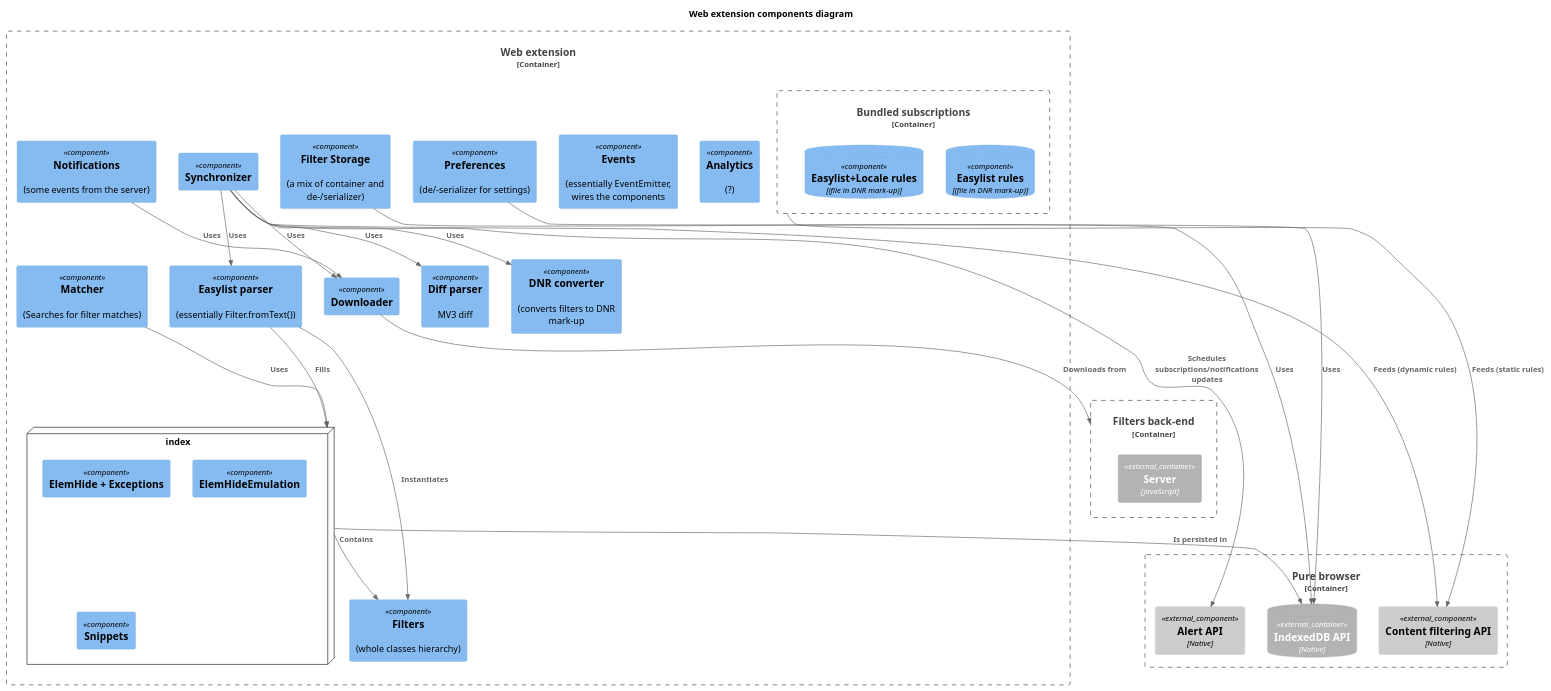
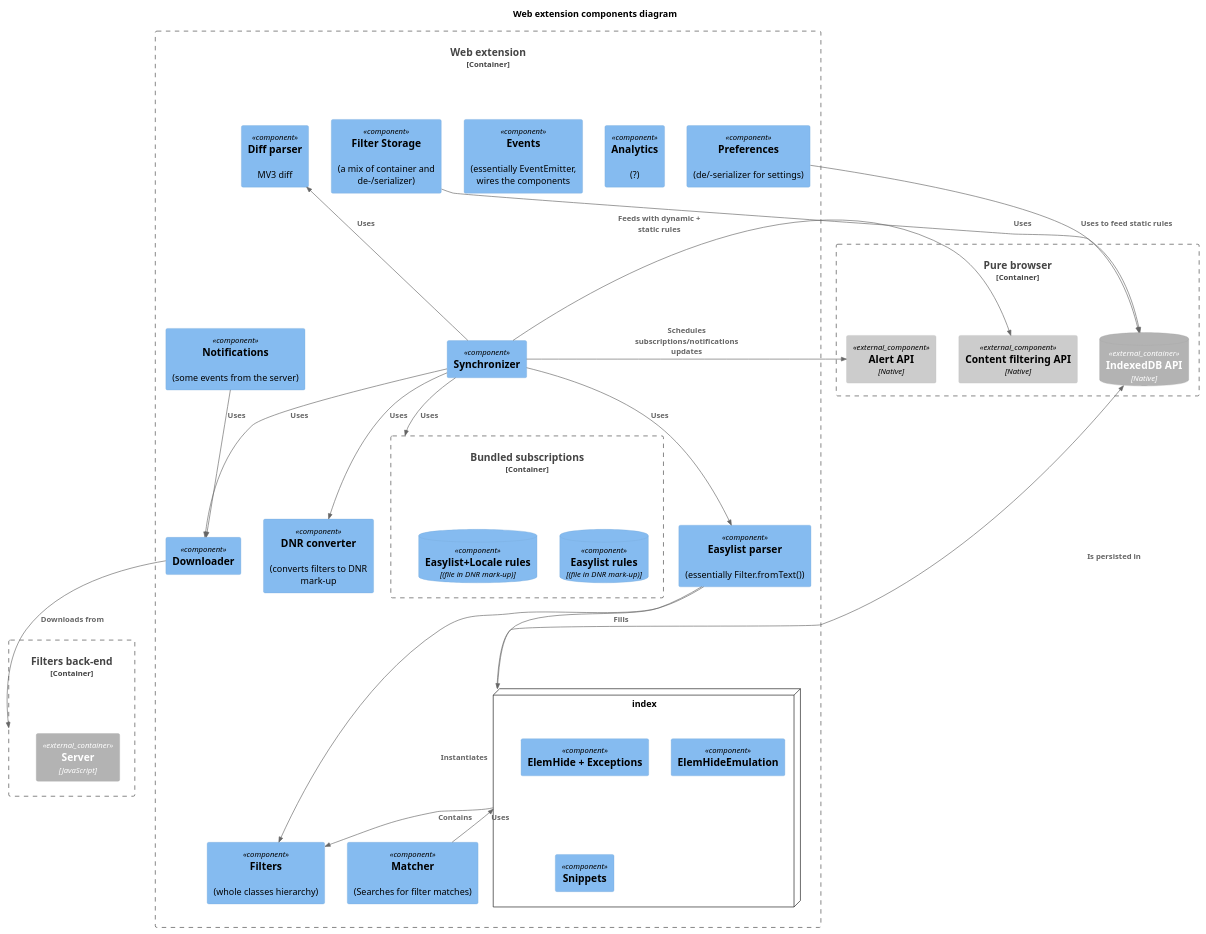
The diagram in components_webext.puml (4ntoine/mv3_spec_c4), drawn with PlantUML before and after one commit.

Commit message:
Beautify (set rel directions).

```diff
--- a/components_webext.puml
+++ b/components_webext.puml
@@ -1,64 +1,64 @@
 @startuml
 !include https://raw.githubusercontent.com/plantuml-stdlib/C4-PlantUML/master/C4_Container.puml
 !include https://raw.githubusercontent.com/plantuml-stdlib/C4-PlantUML/master/C4_Component.puml
 
 title Web extension components diagram
 
 ' container itself
 Container_Boundary(webext, "Web extension") {
   Component(analytics, "Analytics", "", "(?)")
   Component(events, "Events", "", "(essentially EventEmitter, wires the components")
   Component(filters, "Filters", "", "(whole classes hierarchy)")
   Component(easylistParser, "Easylist parser", "", "(essentially Filter.fromText())")
   Component(diffParser, "Diff parser", "", "MV3 diff")
   Component(synchronizer, "Synchronizer")
   Component(downloader, "Downloader")
   Component(dnrConverter, "DNR converter", "", "(converts filters to DNR mark-up")
   Component(matcher, "Matcher", "", "(Searches for filter matches)")
   
   Component(notifications, "Notifications", "", "(some events from the server)")
   Component(filterStorage, "Filter Storage", "", "(a mix of container and de-/serializer)")
   Component(prefs, "Preferences", "", "(de/-serializer for settings)")
 
   node index {
     Component(elemHide, "ElemHide + Exceptions")
     Component(elemHideEmu, "ElemHideEmulation")
     Component(snippets, "Snippets")
   }
 
   Container_Boundary(bundled_subscriptions, "Bundled subscriptions") {
     ComponentDb(sub1_dnr_rules, "Easylist rules", "(file in DNR mark-up)")
     ComponentDb(sub2_dnr_rules, "Easylist+Locale rules", "(file in DNR mark-up)")
   }
 }
 
 ' external container
 Container_Boundary(browser, "Pure browser", "") {
   ContainerDb_Ext(indexeddb, "IndexedDB API", "Native")
   Component_Ext(schedulers, "Alert API", "Native")
   Component_Ext(browserCore, "Content filtering API", "Native")
 }
 
 ' external container
 Container_Boundary(backEnd, "Filters back-end", "") {
   Container_Ext(server, "Server", "JavaScript")
 }
 
 ' relations
 Rel(synchronizer, downloader, "Uses")
 Rel(synchronizer, easylistParser, "Uses")
-Rel(synchronizer, diffParser, "Uses")
+Rel_U(synchronizer, diffParser, "Uses")
+Rel_U(synchronizer, schedulers, "Schedules subscriptions/notifications updates")
+Rel(synchronizer, dnrConverter, "Uses")
+Rel_U(synchronizer, browserCore, "Feeds with dynamic + static rules")
+Rel(synchronizer, bundled_subscriptions, "Uses")
 Rel(easylistParser, filters, "Instantiates")
 Rel(easylistParser, index, "Fills")
 Rel(index, filters, "Contains")
-Rel(index, indexeddb, "Is persisted in")
+Rel_U(index, indexeddb, "Is persisted in")
 Rel(downloader, backEnd, "Downloads from")
-Rel(synchronizer, schedulers, "Schedules subscriptions/notifications updates")
-Rel(synchronizer, dnrConverter, "Uses")
-Rel(synchronizer, browserCore, "Feeds (dynamic rules)")
-Rel(matcher, index, "Uses")
+Rel_U(matcher, index, "Uses")
 Rel(notifications, downloader, "Uses")
 Rel(filterStorage, indexeddb, "Uses")
-Rel(prefs, indexeddb, "Uses")
-Rel(bundled_subscriptions, browserCore, "Feeds (static rules)")
+Rel(prefs, indexeddb, "Uses to feed static rules")
 @enduml
```
